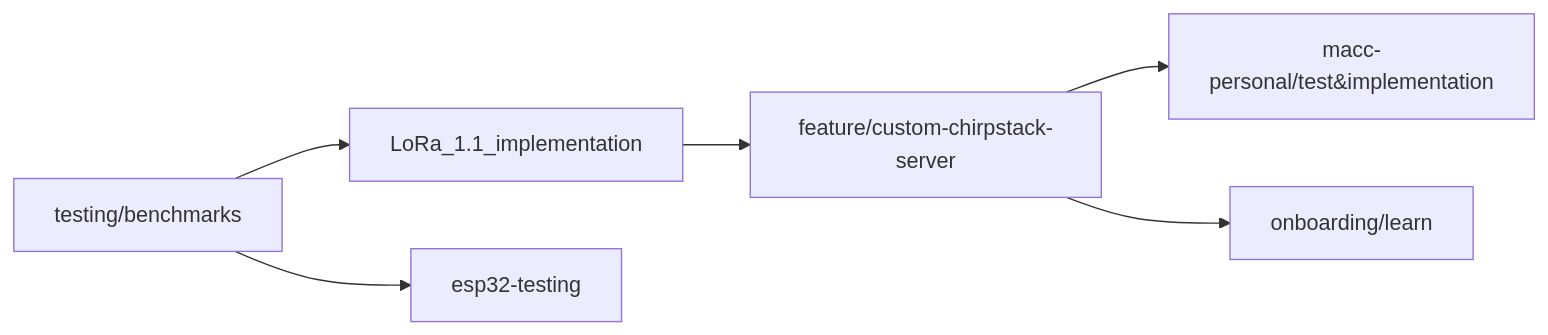
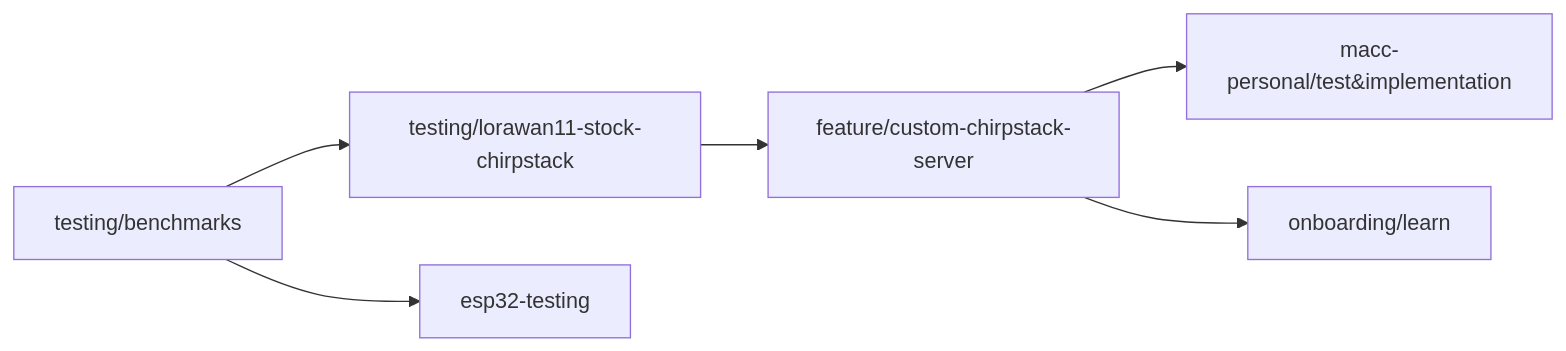
The diagram in README.md (cthyuiii/PQ_MQTT_mTLS_for_IoT_LoRa), drawn with Mermaid before and after one commit. The commit also changed other lines of this file, not shown here.

Commit message:
docs: LoRa_1.1_implementation is now testing/lorawan11-stock-chirpstack

````diff
--- a/README.md
+++ b/README.md
@@ -16,8 +16,8 @@
 ```mermaid
 flowchart LR
-    bench["testing/benchmarks"] --> lora["LoRa_1.1_implementation"]
+    bench["testing/benchmarks"] --> lora["testing/lorawan11-stock-chirpstack"]
     bench --> esp["esp32-testing"]
     lora --> proto["feature/custom-chirpstack-server"]
     proto --> mine["macc-personal/test#amp;implementation"]
     proto --> learn["onboarding/learn"]
 ```
````
